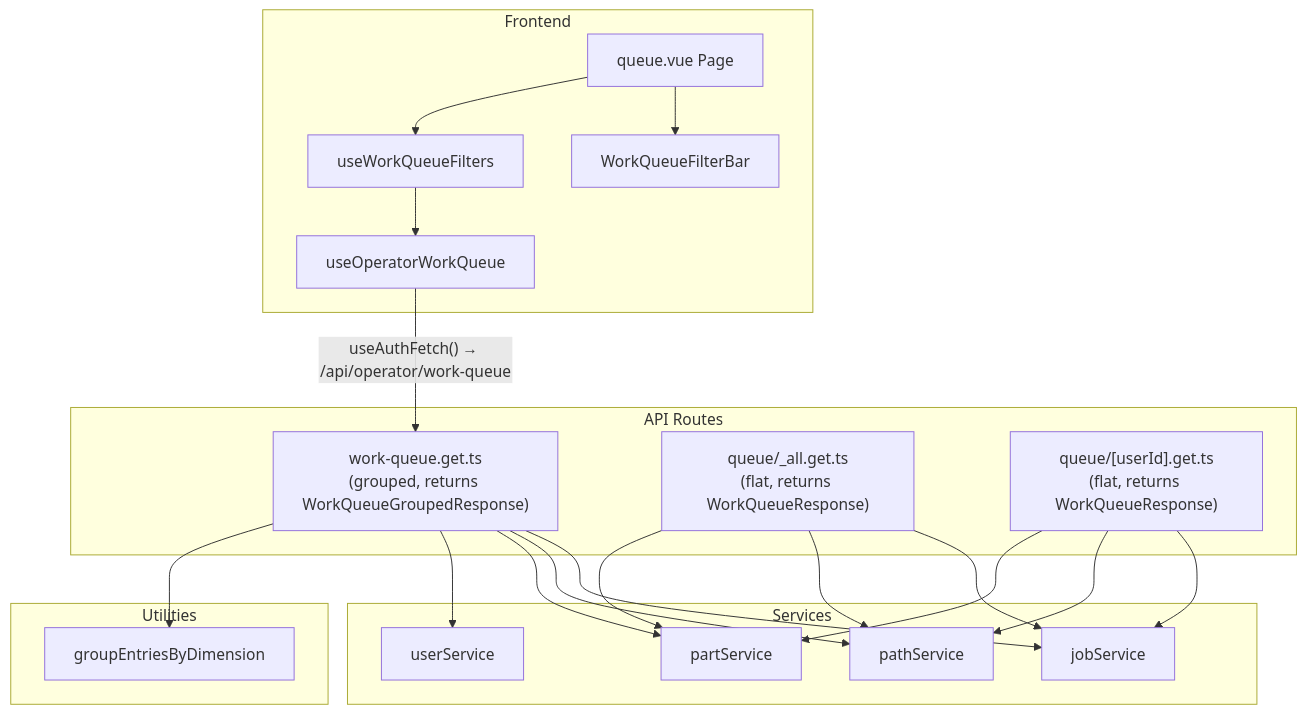
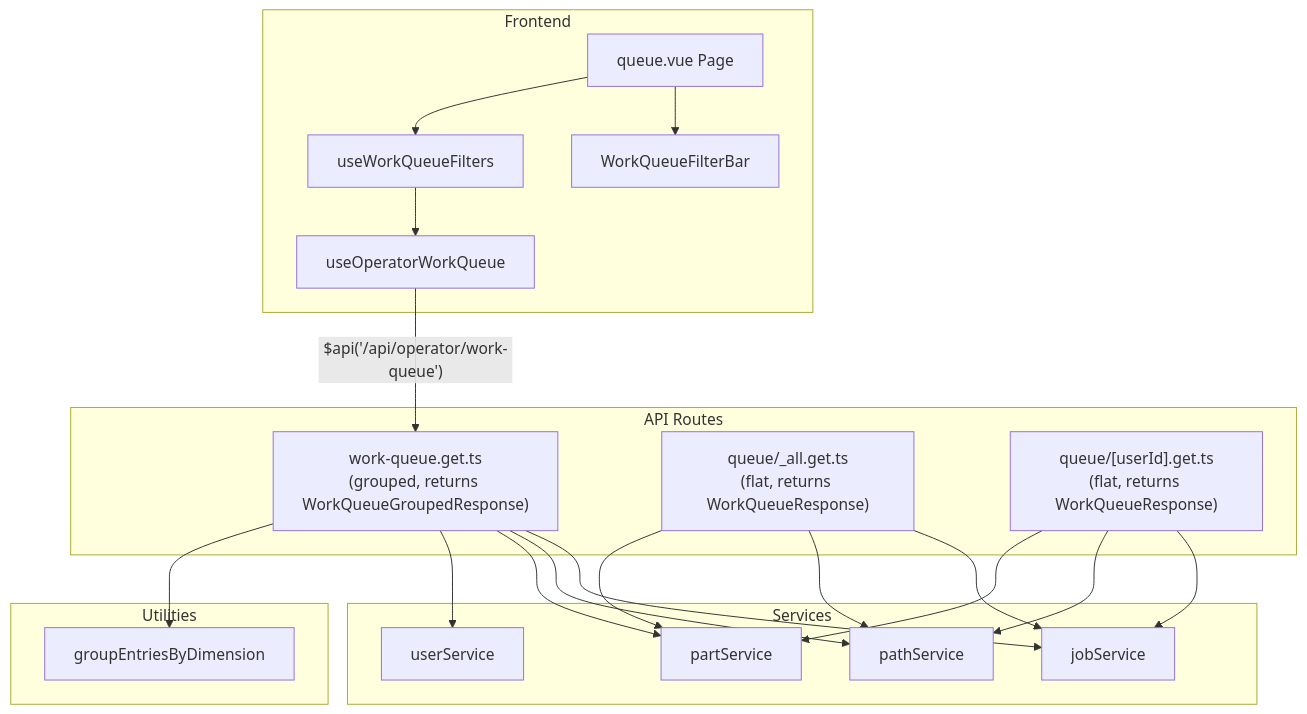
The first of 2 diagrams in .kiro/specs/work-queue-first-step/design.md (XanderLuciano/shop-planr), drawn with Mermaid before and after one commit.

Commit message:
chore: fix mermaid diagram to use \ convention

````diff
--- a/.kiro/specs/work-queue-first-step/design.md
+++ b/.kiro/specs/work-queue-first-step/design.md
@@ -17,43 +17,43 @@
 ```mermaid
 graph TD
     subgraph Frontend
         QP[queue.vue Page]
         WQF[WorkQueueFilterBar]
         UWQF[useWorkQueueFilters]
         UOWQ[useOperatorWorkQueue]
     end
 
     subgraph API Routes
         WQ["work-queue.get.ts<br/>(grouped, returns WorkQueueGroupedResponse)"]
         ALL["queue/_all.get.ts<br/>(flat, returns WorkQueueResponse)"]
         UID["queue/[userId].get.ts<br/>(flat, returns WorkQueueResponse)"]
     end
 
     subgraph Utilities
         GRP[groupEntriesByDimension]
     end
 
     subgraph Services
         JS[jobService]
         PS[pathService]
         PTS[partService]
         US[userService]
     end
 
     QP --> WQF
     QP --> UWQF
     UWQF --> UOWQ
-    UOWQ -->|"useAuthFetch() → /api/operator/work-queue"| WQ
+    UOWQ -->|"$api('/api/operator/work-queue')"| WQ
 
     WQ --> JS
     WQ --> PS
     WQ --> PTS
     WQ --> US
     WQ --> GRP
     ALL --> JS
     ALL --> PS
     ALL --> PTS
     UID --> JS
     UID --> PS
     UID --> PTS
 ```
````
